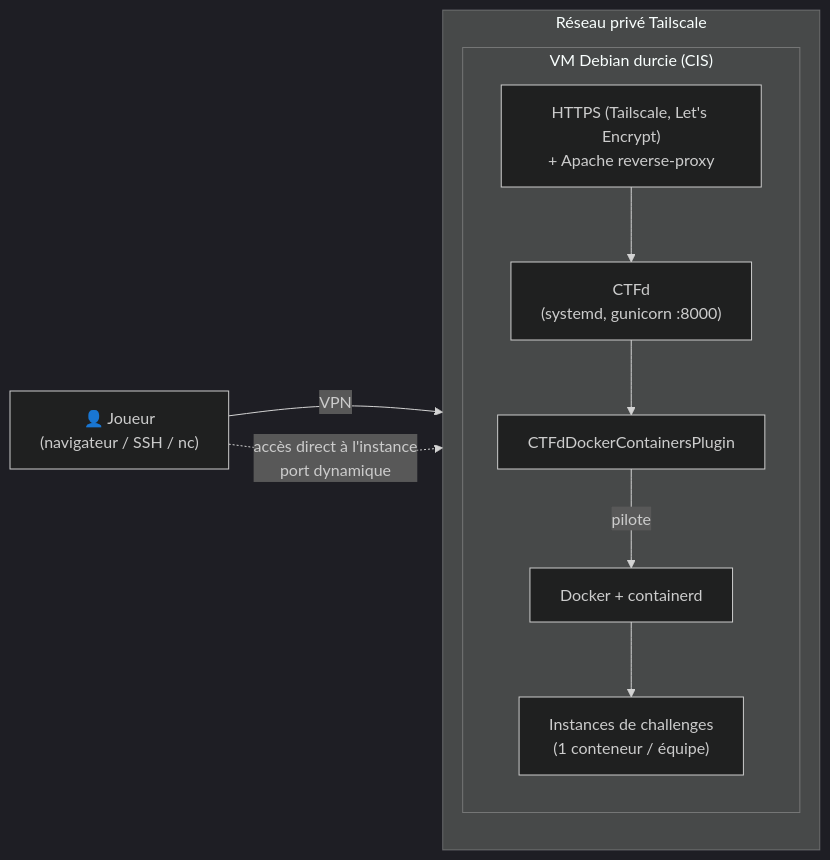
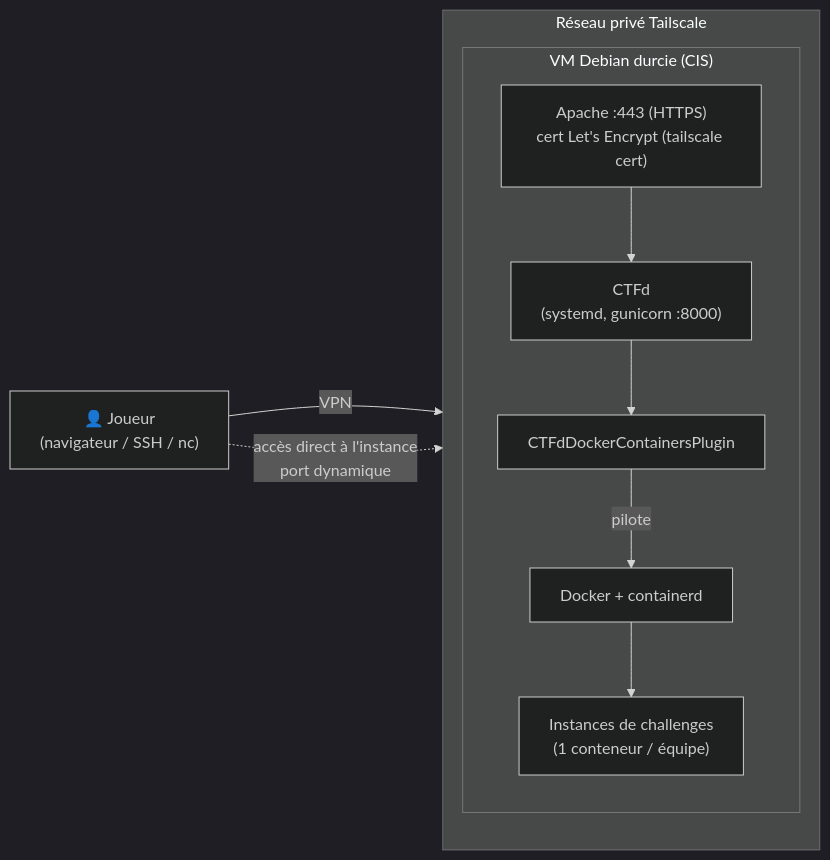
Before and after one commit to Jacob-dot-bit/RootMeUp: the diagram in docs/architecture.md, drawn with Mermaid (dark theme). The commit also changed other lines of this file and 3 other files, not shown here.

````diff
--- a/docs/architecture.md
+++ b/docs/architecture.md
@@ -3,19 +3,19 @@
 ```mermaid
 flowchart LR
     joueur["👤 Joueur<br/>(navigateur / SSH / nc)"]
 
     subgraph tailnet["Réseau privé Tailscale"]
         direction TB
         subgraph vm["VM Debian durcie (CIS)"]
-            apache["HTTPS (Tailscale, Let's Encrypt)<br/>+ Apache reverse-proxy"]
+            apache["Apache :443 (HTTPS)<br/>cert Let's Encrypt (tailscale cert)"]
             ctfd["CTFd<br/>(systemd, gunicorn :8000)"]
             plugin["CTFdDockerContainersPlugin"]
             docker["Docker + containerd"]
             inst["Instances de challenges<br/>(1 conteneur / équipe)"]
         end
     end
 
     joueur -->|VPN| apache --> ctfd --> plugin
     plugin -->|pilote| docker --> inst
     joueur -.->|accès direct à l'instance<br/>port dynamique| inst
 ```
````
